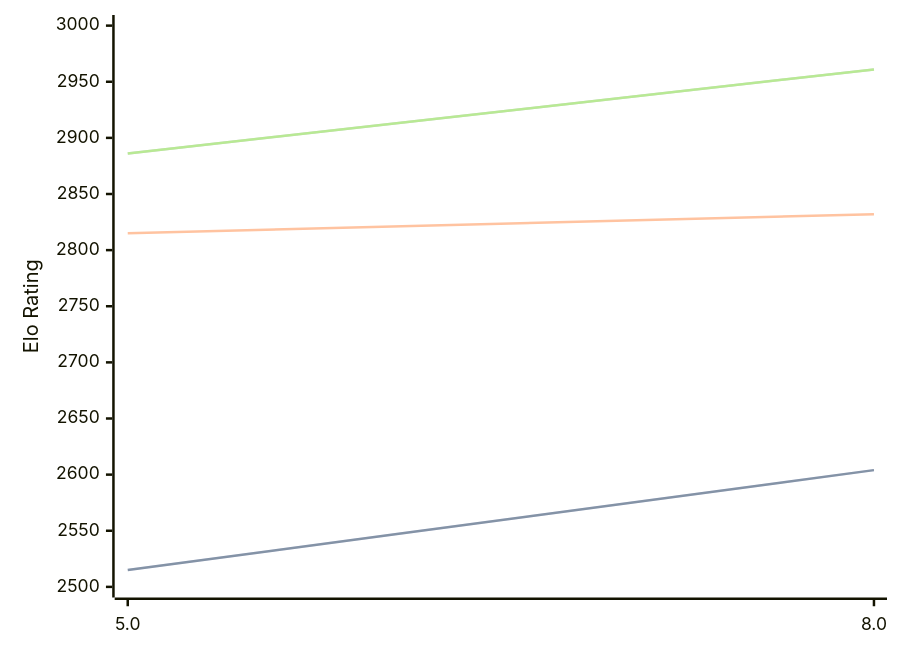
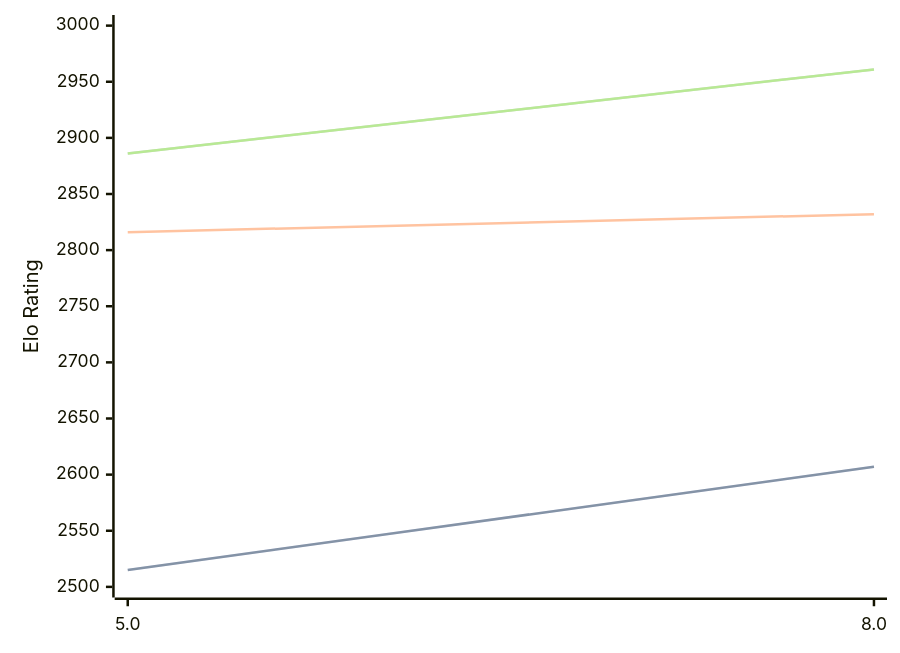
Before and after one commit to computer-chess-index/cci: the diagram in engines/4kc.md, drawn with Mermaid. The commit also changed other lines of this file, not shown here.

Commit message:
Update CCI Ratings (ELO VLTC) - 2026-04-03

````diff
--- a/engines/4kc.md
+++ b/engines/4kc.md
@@ -41,11 +41,11 @@
 ```mermaid
 %%{init: {"theme":"base","themeVariables":{"seriesColors:['#a3a3a3','#222221','#faa371']}}}%%
 xychart-beta
   x-axis ["5.0", "8.0"]
   y-axis "Elo Rating" 2500 --> 3000
-  line "STC (8.0+0.08s)" [2515, 2604]
-  line "STC (8.0+0.08s)" [2515, 2604]
-  line "LTC (60.0+0.60s)" [2815, 2832]
+  line "STC (8.0+0.08s)" [2515, 2607]
+  line "STC (8.0+0.08s)" [2515, 2607]
+  line "LTC (60.0+0.60s)" [2816, 2832]
   line "VLTC (2m24s+1.12s)" [2886, 2961]
   line "VLTC (2m24s+1.12s)" [2886, 2961]
 ```
````
